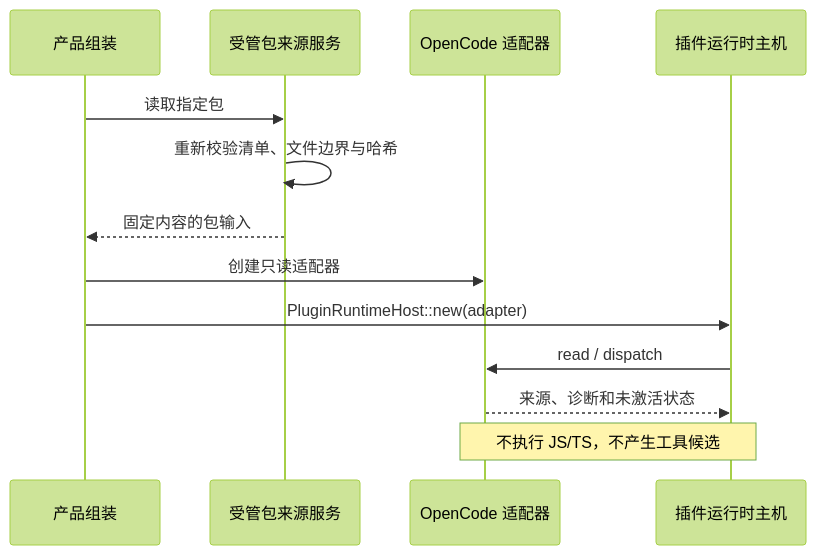
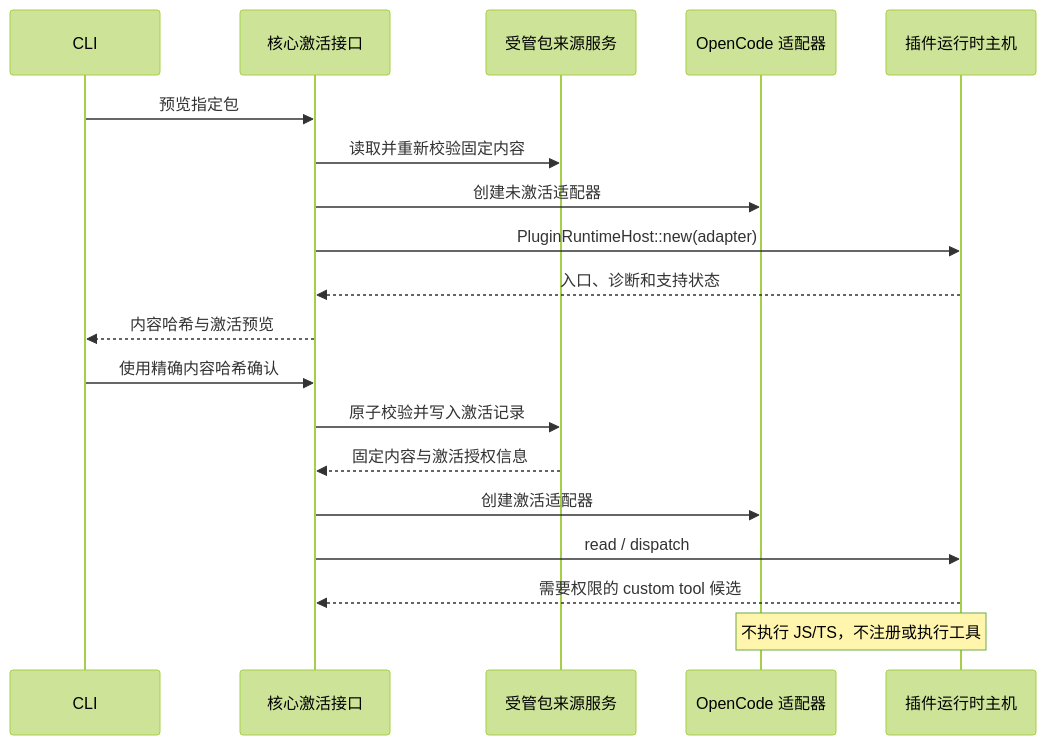
One commit to 1688mengdie/BitFun changed the third of 3 diagrams in docs/architecture/plugin-runtime-host-design.md. Above: the diagram before and after it, drawn with Mermaid (forest theme). The commit also changed other lines of this file and 25 other files, not shown here.

````diff
--- a/docs/architecture/plugin-runtime-host-design.md
+++ b/docs/architecture/plugin-runtime-host-design.md
@@ -185,16 +189,22 @@
 ```mermaid
 sequenceDiagram
-  participant Assembly as 产品组装
+  participant CLI as CLI
+  participant Assembly as 核心激活接口
   participant Source as 受管包来源服务
   participant Adapter as OpenCode 适配器
   participant Host as 插件运行时主机
 
-  Assembly->>Source: 读取指定包
-  Source->>Source: 重新校验清单、文件边界与哈希
-  Source-->>Assembly: 固定内容的包输入
-  Assembly->>Adapter: 创建只读适配器
+  CLI->>Assembly: 预览指定包
+  Assembly->>Source: 读取并重新校验固定内容
+  Assembly->>Adapter: 创建未激活适配器
   Assembly->>Host: PluginRuntimeHost::new(adapter)
-  Host->>Adapter: read / dispatch
-  Adapter-->>Host: 来源、诊断和未激活状态
-  Note over Adapter,Host: 不执行 JS/TS，不产生工具候选
+  Host-->>Assembly: 入口、诊断和支持状态
+  Assembly-->>CLI: 内容哈希与激活预览
+  CLI->>Assembly: 使用精确内容哈希确认
+  Assembly->>Source: 原子校验并写入激活记录
+  Source-->>Assembly: 固定内容与激活授权信息
+  Assembly->>Adapter: 创建激活适配器
+  Assembly->>Host: read / dispatch
+  Host-->>Assembly: 需要权限的 custom tool 候选
+  Note over Adapter,Host: 不执行 JS/TS，不注册或执行工具
 ```
````
